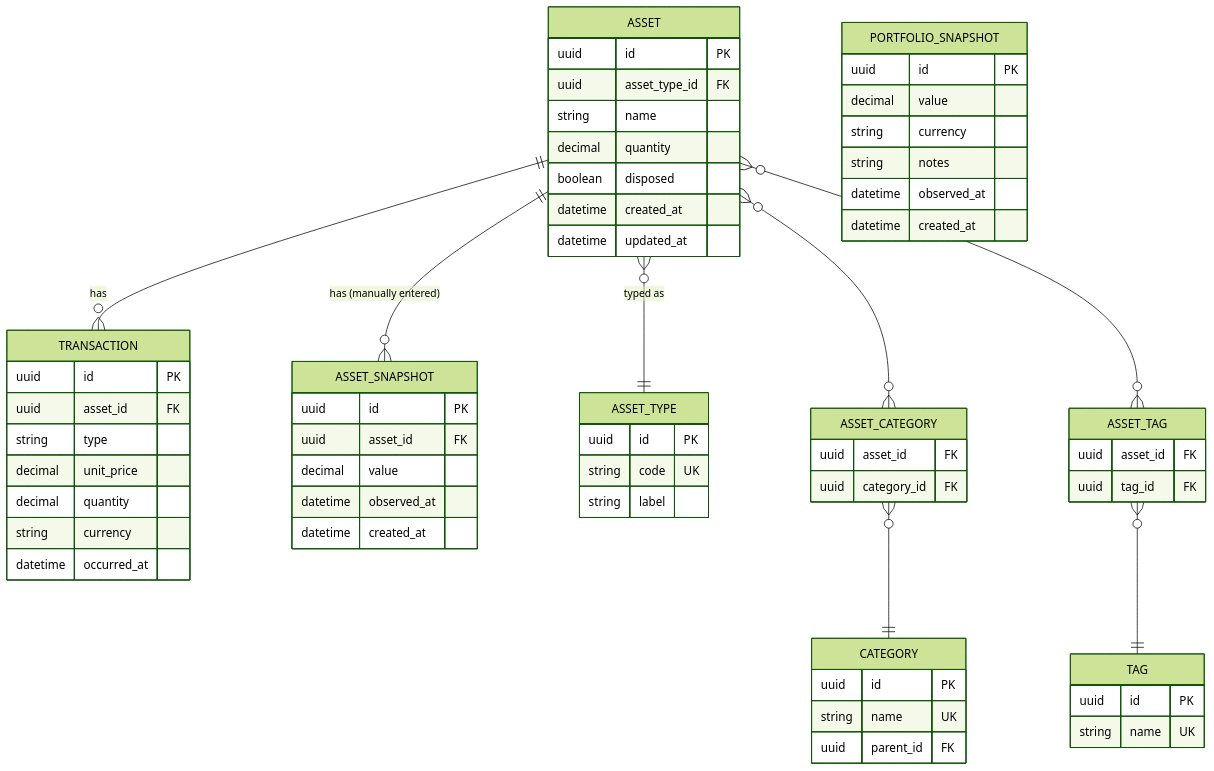
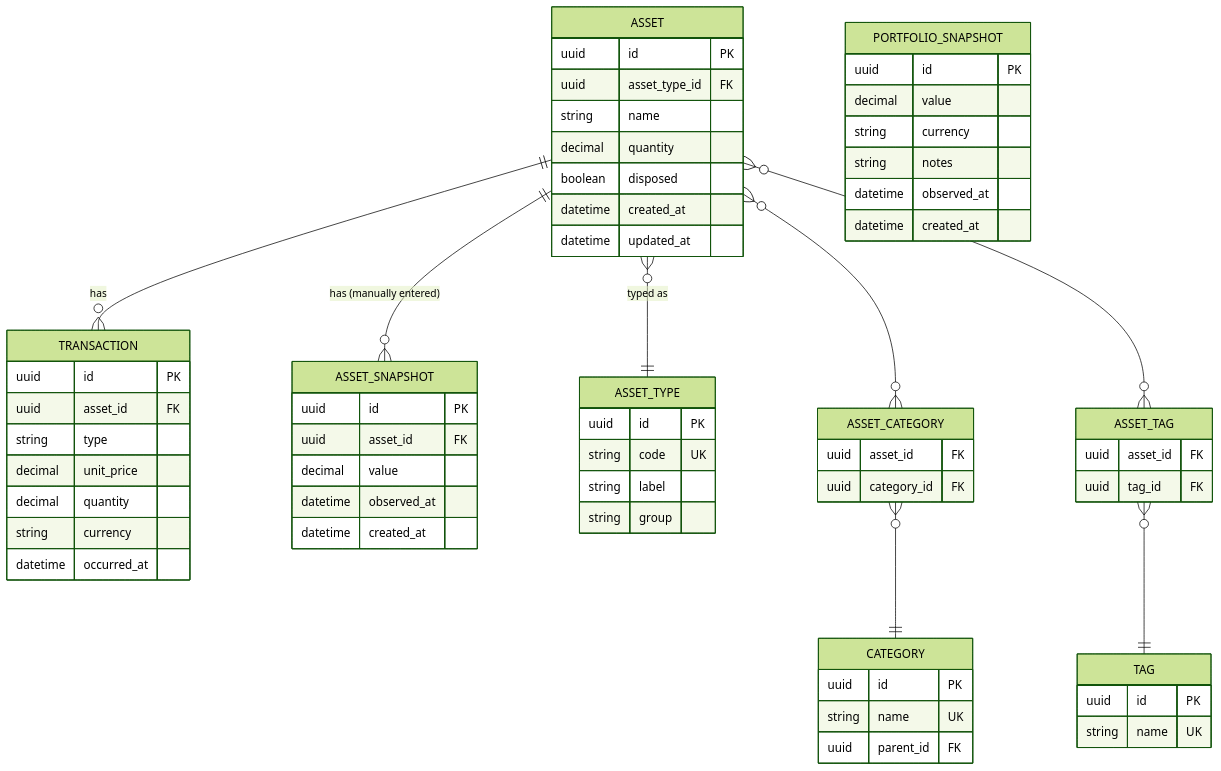
One commit to fducat18/strata changed the first of 2 diagrams in docs/src/content/docs/datamodel.md. Above: the diagram before and after it, drawn with Mermaid (forest theme). The commit also changed other lines of this file and 3 other files, not shown here.

First line of the commit message:
docs: H1-H6 doc site updates (architecture, data model, dev-setup, features)

````diff
--- a/docs/src/content/docs/datamodel.md
+++ b/docs/src/content/docs/datamodel.md
@@ -9,74 +9,75 @@
 ```mermaid
 erDiagram
     ASSET ||--o{ TRANSACTION : has
     ASSET ||--o{ ASSET_SNAPSHOT : "has (manually entered)"
     ASSET }o--|| ASSET_TYPE : "typed as"
     ASSET }o--o{ ASSET_CATEGORY : ""
     ASSET_CATEGORY }o--|| CATEGORY : ""
     ASSET }o--o{ ASSET_TAG : ""
     ASSET_TAG }o--|| TAG : ""
 
     PORTFOLIO_SNAPSHOT {
         uuid id PK
         decimal value
         string currency
         string notes
         datetime observed_at
         datetime created_at
     }
 
     ASSET {
         uuid id PK
         uuid asset_type_id FK
         string name
         decimal quantity
         boolean disposed
         datetime created_at
         datetime updated_at
     }
 
     ASSET_SNAPSHOT {
         uuid id PK
         uuid asset_id FK
         decimal value
         datetime observed_at
         datetime created_at
     }
 
     TRANSACTION {
         uuid id PK
         uuid asset_id FK
         string type
         decimal unit_price
         decimal quantity
         string currency
         datetime occurred_at
     }
 
     ASSET_TYPE {
         uuid id PK
         string code UK
         string label
+        string group
     }
 
     CATEGORY {
         uuid id PK
         string name UK
         uuid parent_id FK
     }
 
     TAG {
         uuid id PK
         string name UK
     }
 
     ASSET_CATEGORY {
         uuid asset_id FK
         uuid category_id FK
     }
 
     ASSET_TAG {
         uuid asset_id FK
         uuid tag_id FK
     }
 ```
````
